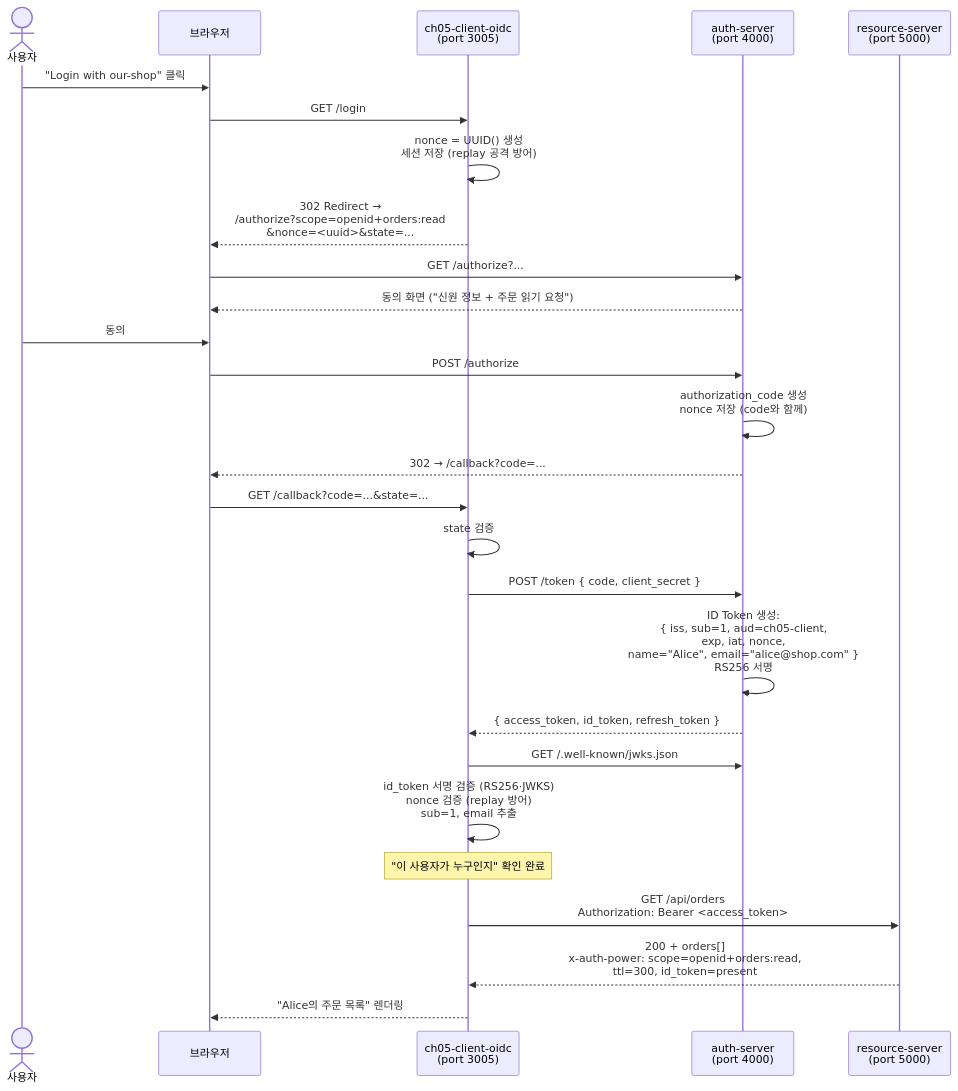
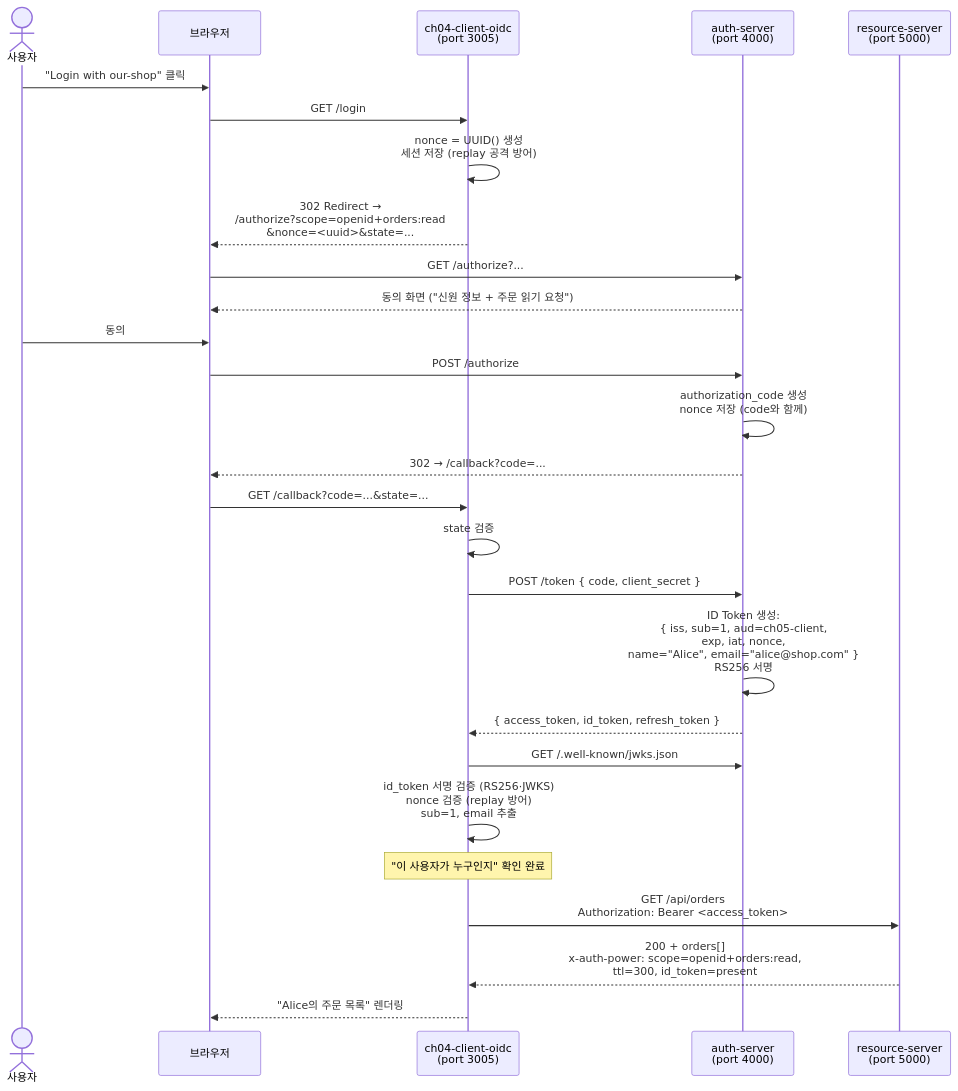
One commit to jkpark104/db-with-nestjs changed the fifth of 6 diagrams in docs/superpowers/specs/2026-04-28-jwt-oauth-oidc-lecture-suite-design.md. Above: the diagram before and after it, drawn with Mermaid. The commit also changed other lines of this file, not shown here.

Commit message:
docs(spec): remove M2M (Client Credentials) scenario, renumber Ch05→Ch04 Ch06→Ch05

````diff
--- a/docs/superpowers/specs/2026-04-28-jwt-oauth-oidc-lecture-suite-design.md
+++ b/docs/superpowers/specs/2026-04-28-jwt-oauth-oidc-lecture-suite-design.md
@@ -543,30 +485,30 @@
 ```mermaid
 sequenceDiagram
     actor U as 사용자
     participant B as 브라우저
-    participant C as ch05-client-oidc<br/>(port 3005)
+    participant C as ch04-client-oidc<br/>(port 3005)
     participant AS as auth-server<br/>(port 4000)
     participant RS as resource-server<br/>(port 5000)
 
     U->>B: "Login with our-shop" 클릭
     B->>C: GET /login
     C->>C: nonce = UUID() 생성<br/>세션 저장 (replay 공격 방어)
     C-->>B: 302 Redirect →<br/>/authorize?scope=openid+orders:read<br/>&nonce=<uuid>&state=...
     B->>AS: GET /authorize?...
     AS-->>B: 동의 화면 ("신원 정보 + 주문 읽기 요청")
     U->>B: 동의
     B->>AS: POST /authorize
     AS->>AS: authorization_code 생성<br/>nonce 저장 (code와 함께)
     AS-->>B: 302 → /callback?code=...
     B->>C: GET /callback?code=...&state=...
     C->>C: state 검증
     C->>AS: POST /token { code, client_secret }
     AS->>AS: ID Token 생성:<br/>{ iss, sub=1, aud=ch05-client,<br/>  exp, iat, nonce,<br/>  name="Alice", email="alice@shop.com" }<br/>RS256 서명
     AS-->>C: { access_token, id_token, refresh_token }
     C->>AS: GET /.well-known/jwks.json
     C->>C: id_token 서명 검증 (RS256·JWKS)<br/>nonce 검증 (replay 방어)<br/>sub=1, email 추출
     Note over C: "이 사용자가 누구인지" 확인 완료
     C->>RS: GET /api/orders<br/>Authorization: Bearer <access_token>
     RS-->>C: 200 + orders[]<br/>x-auth-power: scope=openid+orders:read,<br/>ttl=300, id_token=present
     C-->>B: "Alice의 주문 목록" 렌더링
 ```
````
